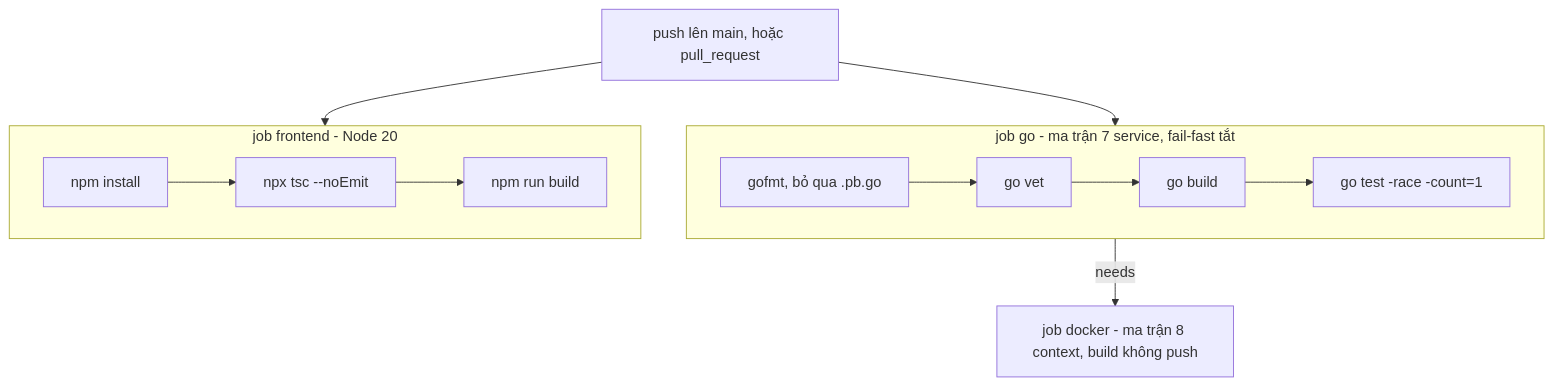
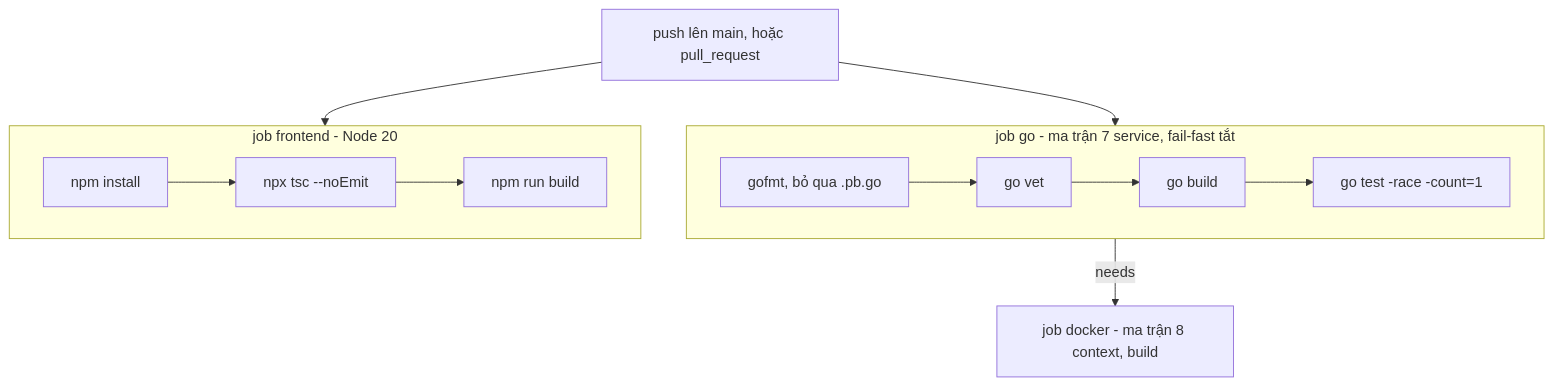
Before and after one commit to khoatran18/mini-marketplace: the third of 3 diagrams in docs/instruction/04_TESTING.md, drawn with Mermaid. The commit also changed other lines of this file and 29 other files, not shown here.

````diff
--- a/docs/instruction/04_TESTING.md
+++ b/docs/instruction/04_TESTING.md
@@ -73,12 +85,12 @@
 ```mermaid
 flowchart TD
   TR["push lên main, hoặc pull_request"] --> GO
   TR --> FE
   subgraph GO["job go - ma trận 7 service, fail-fast tắt"]
     G1["gofmt, bỏ qua .pb.go"] --> G2["go vet"] --> G3["go build"] --> G4["go test -race -count=1"]
   end
   subgraph FE["job frontend - Node 20"]
     F1["npm install"] --> F2["npx tsc --noEmit"] --> F3["npm run build"]
   end
-  GO -->|"needs"| DK["job docker - ma trận 8 context, build không push"]
+  GO -->|"needs"| DK["job docker - ma trận 8 context, build"]
 ```
````
